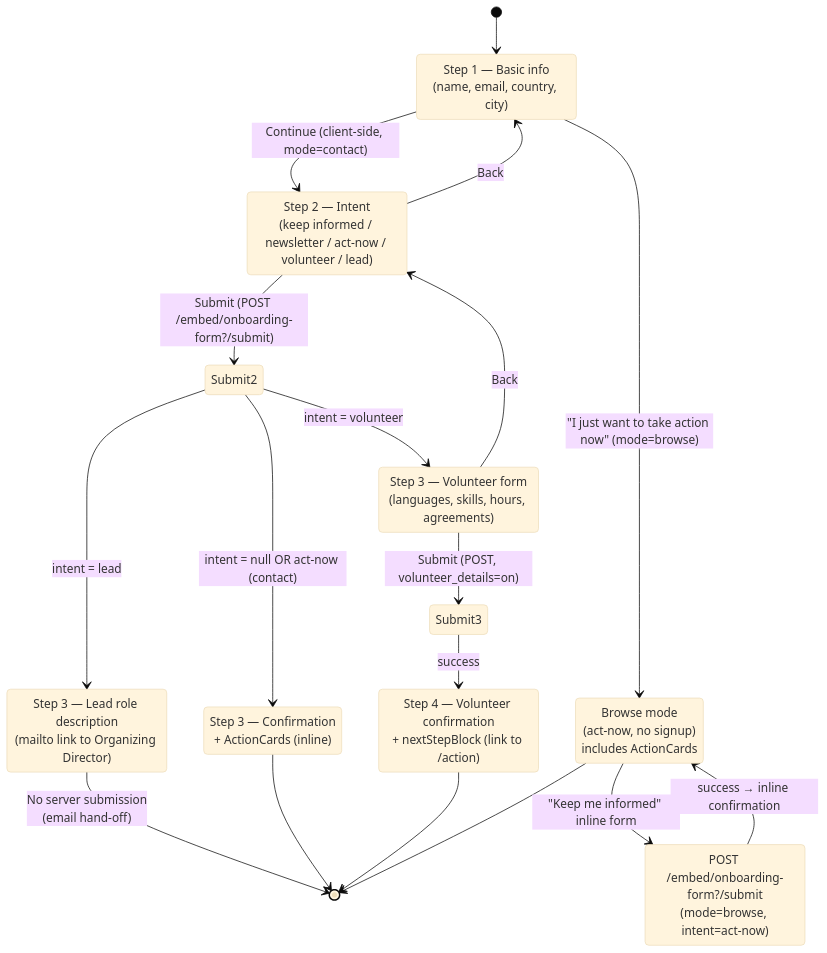
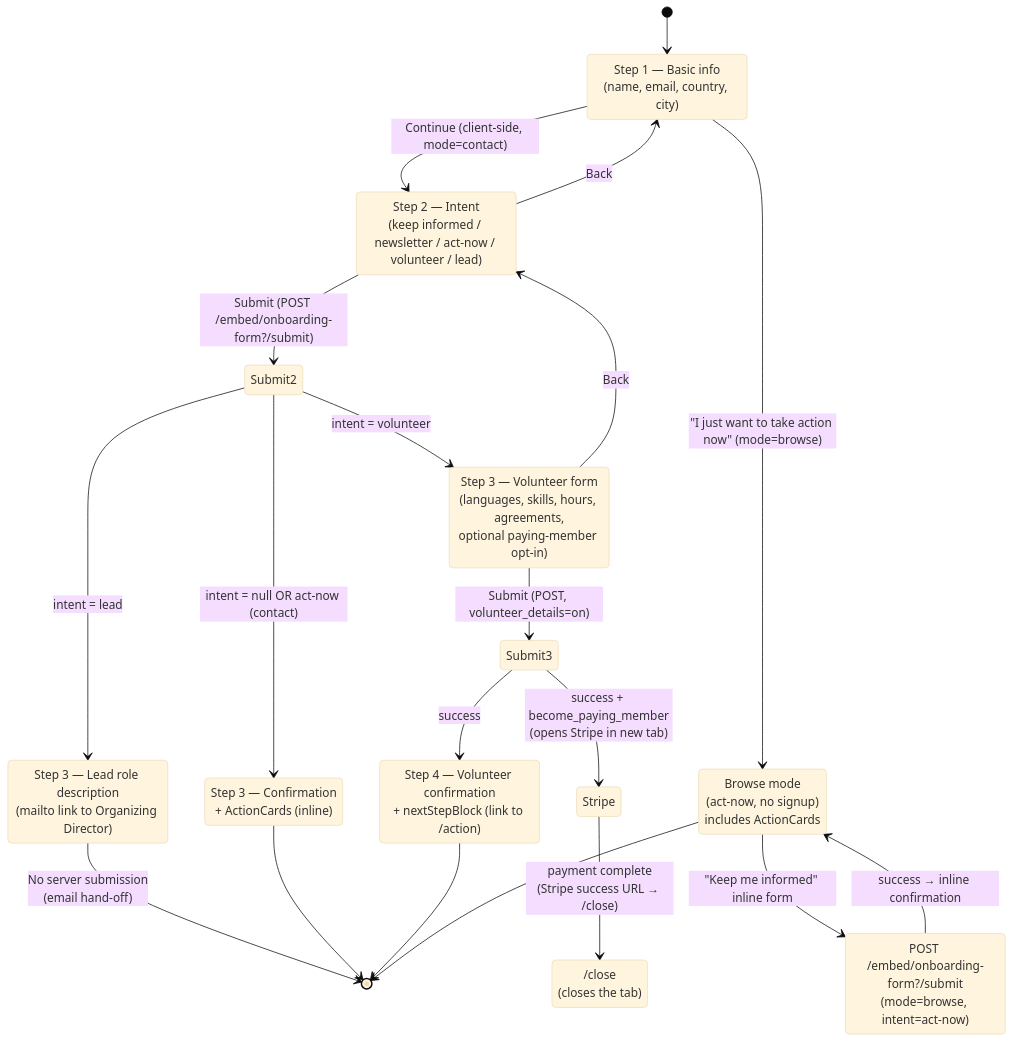
Before and after one commit to PauseAI/pauseai-website: the second of 2 diagrams in docs/join-form-flow.md, drawn with Mermaid (base theme). The commit also changed other lines of this file and 4 other files, not shown here.

First line of the commit message:
Add paying member opt-in to volunteer onboarding step (#980)

````diff
--- a/docs/join-form-flow.md
+++ b/docs/join-form-flow.md
@@ -153,33 +155,36 @@
 ```mermaid
 stateDiagram-v2
     [*] --> Step1
     Step1: Step 1 — Basic info<br/>(name, email, country, city)
     Step1 --> Step2: Continue (client-side, mode=contact)
     Step1 --> Browse: "I just want to take action now" (mode=browse)
     Browse: Browse mode<br/>(act-now, no signup)<br/>includes ActionCards
 
     Step2: Step 2 — Intent<br/>(keep informed / newsletter / act-now / volunteer / lead)
     Step2 --> Step1: Back
     Step2 --> Submit2: Submit (POST /embed/onboarding-form?/submit)
     Submit2 --> Step3Confirm: intent = null OR act-now (contact)
     Submit2 --> Step3Volunteer: intent = volunteer
     Submit2 --> Step3Lead: intent = lead
 
     Browse --> BrowseSignup: "Keep me informed" inline form
     BrowseSignup: POST /embed/onboarding-form?/submit<br/>(mode=browse, intent=act-now)
     BrowseSignup --> Browse: success → inline confirmation
 
-    Step3Volunteer: Step 3 — Volunteer form<br/>(languages, skills, hours, agreements)
+    Step3Volunteer: Step 3 — Volunteer form<br/>(languages, skills, hours, agreements,<br/>optional paying-member opt-in)
     Step3Volunteer --> Step2: Back
     Step3Volunteer --> Submit3: Submit (POST, volunteer_details=on)
+    Submit3 --> Stripe: success + become_paying_member<br/>(opens Stripe in new tab)
+    Stripe --> Close: payment complete<br/>(Stripe success URL → /close)
+    Close: /close<br/>(closes the tab)
     Submit3 --> Step4: success
 
     Step3Lead: Step 3 — Lead role description<br/>(mailto link to Organizing Director)
     Step3Lead --> [*]: No server submission<br/>(email hand-off)
 
     Step3Confirm: Step 3 — Confirmation<br/>+ ActionCards (inline)
     Step4: Step 4 — Volunteer confirmation<br/>+ nextStepBlock (link to /action)
     Step3Confirm --> [*]
     Step4 --> [*]
     Browse --> [*]
 ```
````
